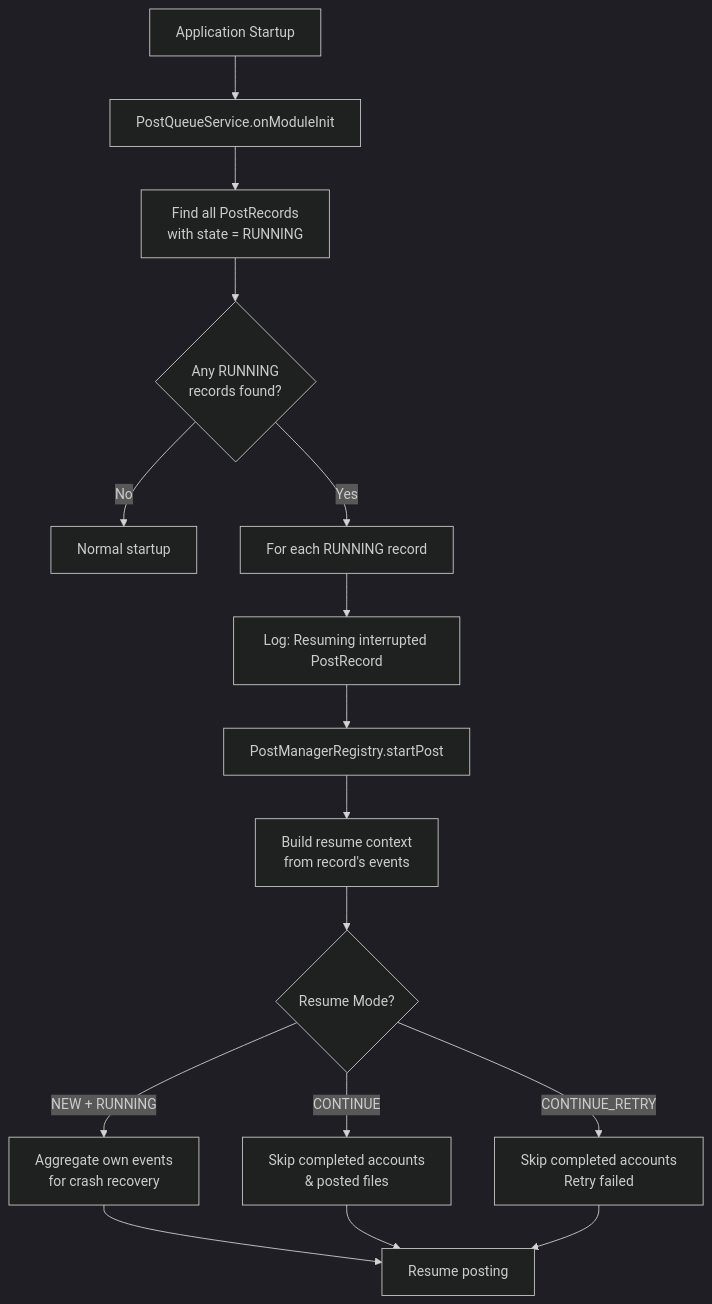
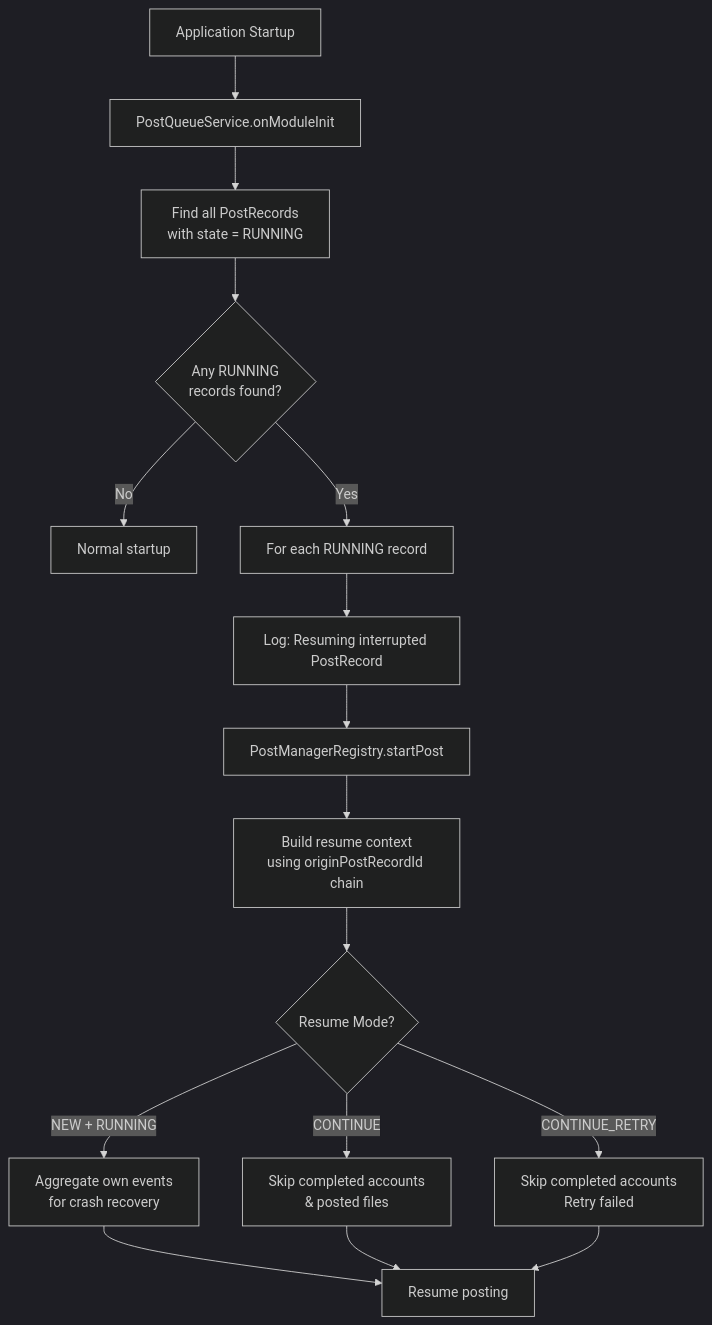
One commit to mvdicarlo/postybirb changed the ninth of 10 diagrams in docs/POST_QUEUE_FLOWS.md. Above: the diagram before and after it, drawn with Mermaid (dark theme). The commit also changed other lines of this file and 11 other files, not shown here.

Commit message:
refactor: add in origin id for easier association of post chains

````diff
--- a/docs/POST_QUEUE_FLOWS.md
+++ b/docs/POST_QUEUE_FLOWS.md
@@ -255,27 +286,27 @@
 ```mermaid
 flowchart TD
     A[Application Startup] --> B[PostQueueService.onModuleInit]
 
     B --> C[Find all PostRecords<br/>with state = RUNNING]
 
     C --> D{Any RUNNING<br/>records found?}
 
     D -->|No| E[Normal startup]
 
     D -->|Yes| F[For each RUNNING record]
 
     F --> G[Log: Resuming interrupted PostRecord]
     G --> H[PostManagerRegistry.startPost]
 
-    H --> I[Build resume context<br/>from record's events]
+    H --> I[Build resume context<br/>using originPostRecordId chain]
 
     I --> J{Resume Mode?}
 
     J -->|NEW + RUNNING| K[Aggregate own events<br/>for crash recovery]
     J -->|CONTINUE| L[Skip completed accounts<br/>& posted files]
     J -->|CONTINUE_RETRY| M[Skip completed accounts<br/>Retry failed]
 
     K --> N[Resume posting]
     L --> N
     M --> N
 ```
````
